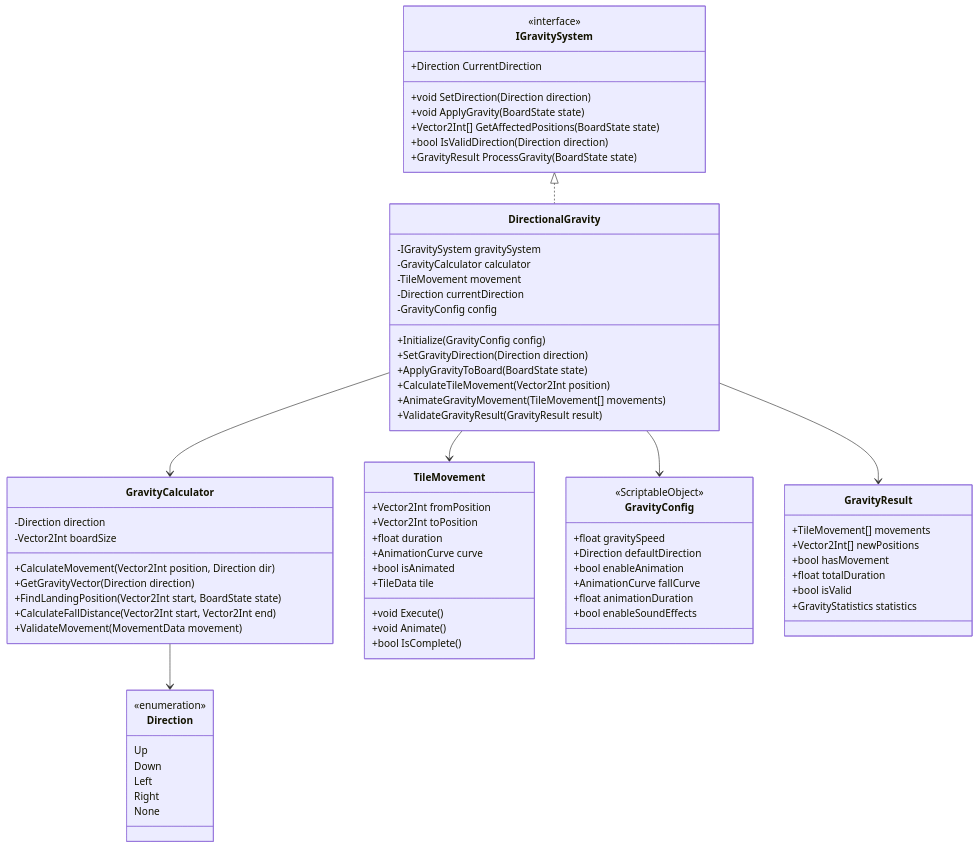
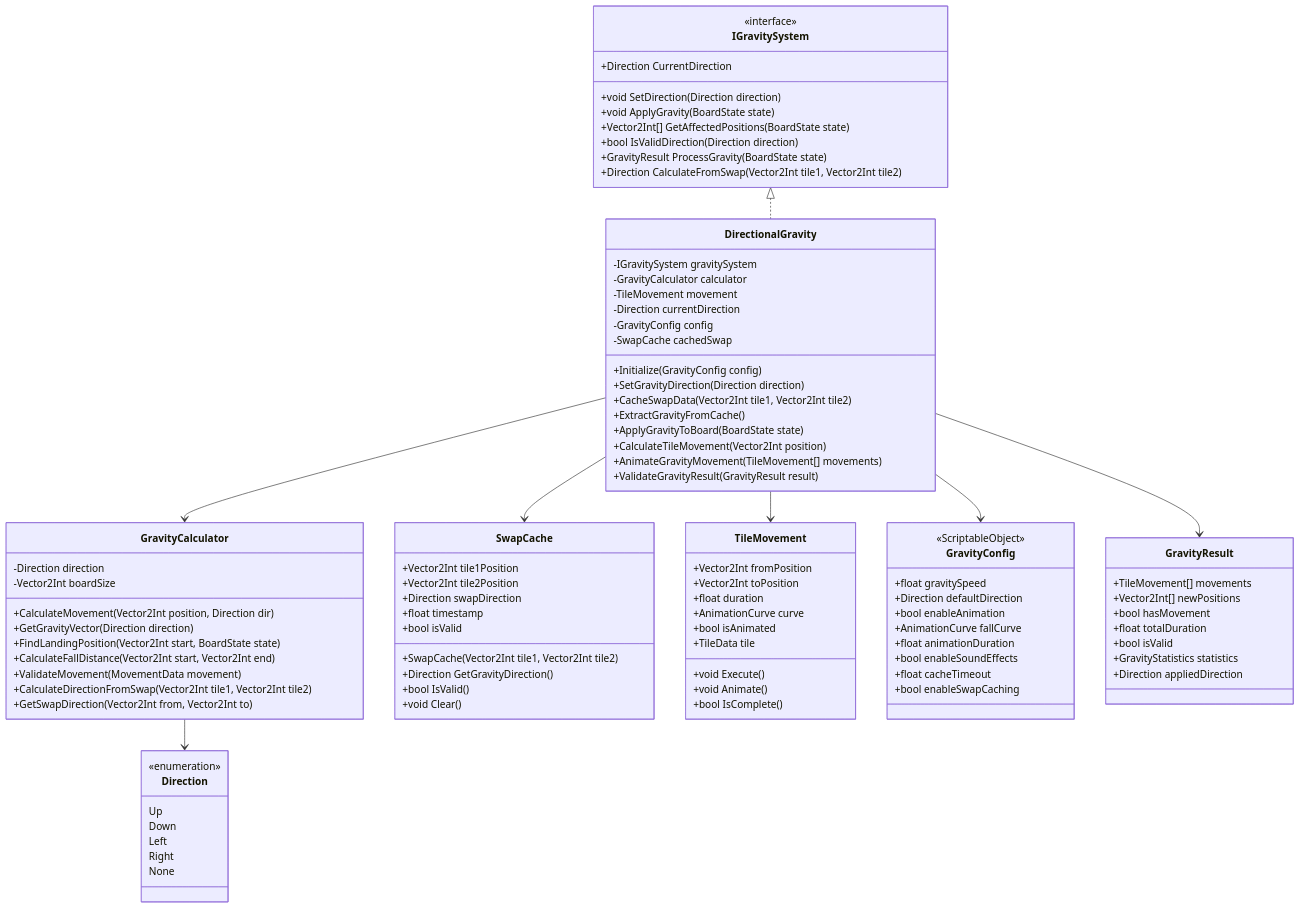
The ninth of 33 diagrams in docs/architecture/SWITCH_system_architecture.md (uriahwhitt/SWITCH), drawn with Mermaid before and after one commit. The commit also changed other lines of this file and 42 other files, not shown here.

````diff
--- a/docs/architecture/SWITCH_system_architecture.md
+++ b/docs/architecture/SWITCH_system_architecture.md
@@ -545,6 +609,7 @@
         +Vector2Int[] GetAffectedPositions(BoardState state)
         +bool IsValidDirection(Direction direction)
         +GravityResult ProcessGravity(BoardState state)
+        +Direction CalculateFromSwap(Vector2Int tile1, Vector2Int tile2)
     }
     
     class DirectionalGravity {
@@ -553,8 +618,11 @@
         -TileMovement movement
         -Direction currentDirection
         -GravityConfig config
+        -SwapCache cachedSwap
         +Initialize(GravityConfig config)
         +SetGravityDirection(Direction direction)
+        +CacheSwapData(Vector2Int tile1, Vector2Int tile2)
+        +ExtractGravityFromCache()
         +ApplyGravityToBoard(BoardState state)
         +CalculateTileMovement(Vector2Int position)
         +AnimateGravityMovement(TileMovement[] movements)
@@ -569,6 +637,20 @@
         +FindLandingPosition(Vector2Int start, BoardState state)
         +CalculateFallDistance(Vector2Int start, Vector2Int end)
         +ValidateMovement(MovementData movement)
+        +CalculateDirectionFromSwap(Vector2Int tile1, Vector2Int tile2)
+        +GetSwapDirection(Vector2Int from, Vector2Int to)
+    }
+    
+    class SwapCache {
+        +Vector2Int tile1Position
+        +Vector2Int tile2Position
+        +Direction swapDirection
+        +float timestamp
+        +bool isValid
+        +SwapCache(Vector2Int tile1, Vector2Int tile2)
+        +Direction GetGravityDirection()
+        +bool IsValid()
+        +void Clear()
     }
     
     class TileMovement {
@@ -600,6 +682,8 @@
         +AnimationCurve fallCurve
         +float animationDuration
         +bool enableSoundEffects
+        +float cacheTimeout
+        +bool enableSwapCaching
     }
     
     class GravityResult {
@@ -609,12 +693,14 @@
         +float totalDuration
         +bool isValid
         +GravityStatistics statistics
+        +Direction appliedDirection
     }
     
     IGravitySystem <|.. DirectionalGravity
     DirectionalGravity --> GravityCalculator
     DirectionalGravity --> TileMovement
     DirectionalGravity --> GravityConfig
+    DirectionalGravity --> SwapCache
     GravityCalculator --> Direction
     DirectionalGravity --> GravityResult
 ```
````
